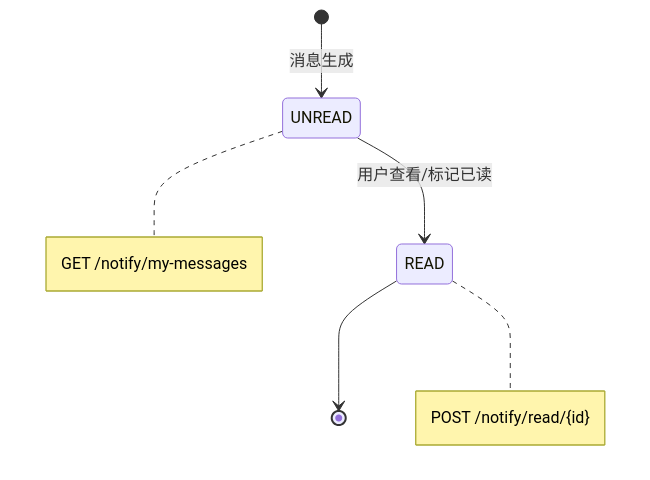
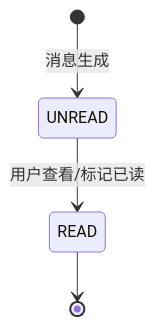
Before and after one commit to stack-haven/avmc: the third of 3 diagrams in docs/architecture/1-5-技术中台-通知中心设计.md, drawn with Mermaid. The commit also changed other lines of this file and 4 other files, not shown here.

````diff
--- a/docs/architecture/1-5-技术中台-通知中心设计.md
+++ b/docs/architecture/1-5-技术中台-通知中心设计.md
@@ -98,9 +213,6 @@
 ```mermaid
 stateDiagram-v2
     [*] --> UNREAD: 消息生成
     UNREAD --> READ: 用户查看/标记已读
     READ --> [*]
-
-    note right of UNREAD: GET /notify/my-messages
-    note right of READ: POST /notify/read/{id}
 ```
````
